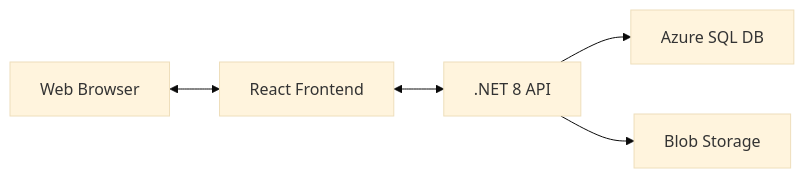
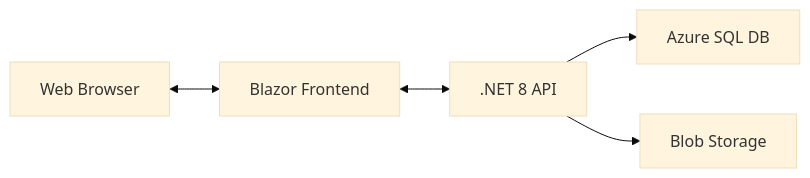
One commit to w2truitt/RqmtMgmt changed the first of 3 diagrams in architecture.md. Above: the diagram before and after it, drawn with Mermaid (base theme). The commit also changed other lines of this file, not shown here.

Commit message:
Refactor front-end architecture in architecture.md to use Blazor WebAssembly and MudBlazor, replacing React.js and Material-UI for improved integration and maintainability.

````diff
--- a/architecture.md
+++ b/architecture.md
@@ -19,7 +20,7 @@
 ```mermaid
 flowchart LR
-    Browser["Web Browser"] <--> React["React Frontend"]
-    React <--> API[".NET 8 API"]
+    Browser["Web Browser"] <--> Blazor["Blazor Frontend"]
+    Blazor <--> API[".NET 8 API"]
     API --> SQL["Azure SQL DB"]
     API --> Blob["Blob Storage"]
 ```
````
